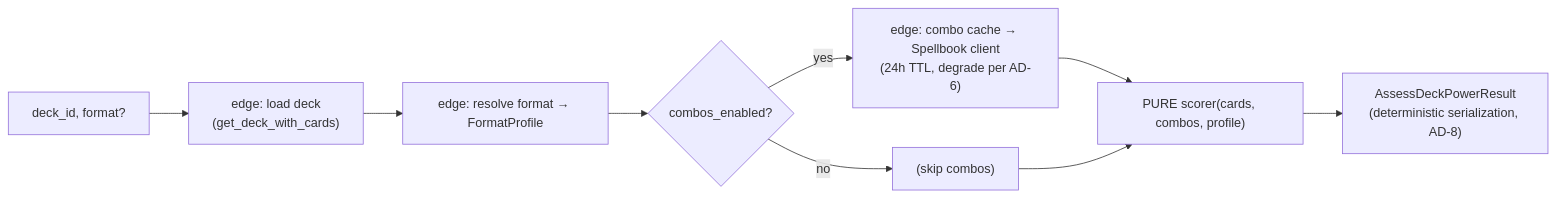
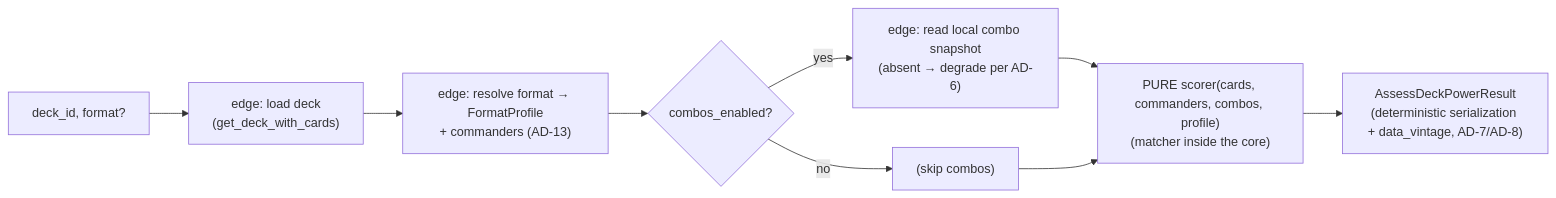
Before and after one commit to Sathias23/Artificial-Planeswalker: the second of 2 diagrams in _bmad-output/planning-artifacts/architecture/architecture-Artificial-Planeswalker-2026-07-11/ARCHITECTURE-SPINE.md, drawn with Mermaid. The commit also changed other lines of this file and 6 other files, not shown here.

First line of the commit message:
docs: correct course — bulk combo snapshot, commander identity, output-shape fixes

````diff
--- a/_bmad-output/planning-artifacts/architecture/architecture-Artificial-Planeswalker-2026-07-11/ARCHITECTURE-SPINE.md
+++ b/_bmad-output/planning-artifacts/architecture/architecture-Artificial-Planeswalker-2026-07-11/ARCHITECTURE-SPINE.md
@@ -284,11 +316,11 @@
 ```mermaid
 flowchart LR
   A["deck_id, format?"] --> B["edge: load deck<br/>(get_deck_with_cards)"]
-  B --> C["edge: resolve format → FormatProfile"]
+  B --> C["edge: resolve format → FormatProfile<br/>+ commanders (AD-13)"]
   C --> D{"combos_enabled?"}
-  D -- yes --> E["edge: combo cache → Spellbook client<br/>(24h TTL, degrade per AD-6)"]
+  D -- yes --> E["edge: read local combo snapshot<br/>(absent → degrade per AD-6)"]
   D -- no --> F["(skip combos)"]
-  E --> G["PURE scorer(cards, combos, profile)"]
+  E --> G["PURE scorer(cards, commanders, combos, profile)<br/>(matcher inside the core)"]
   F --> G
-  G --> H["AssessDeckPowerResult<br/>(deterministic serialization, AD-8)"]
+  G --> H["AssessDeckPowerResult<br/>(deterministic serialization + data_vintage, AD-7/AD-8)"]
 ```
````
